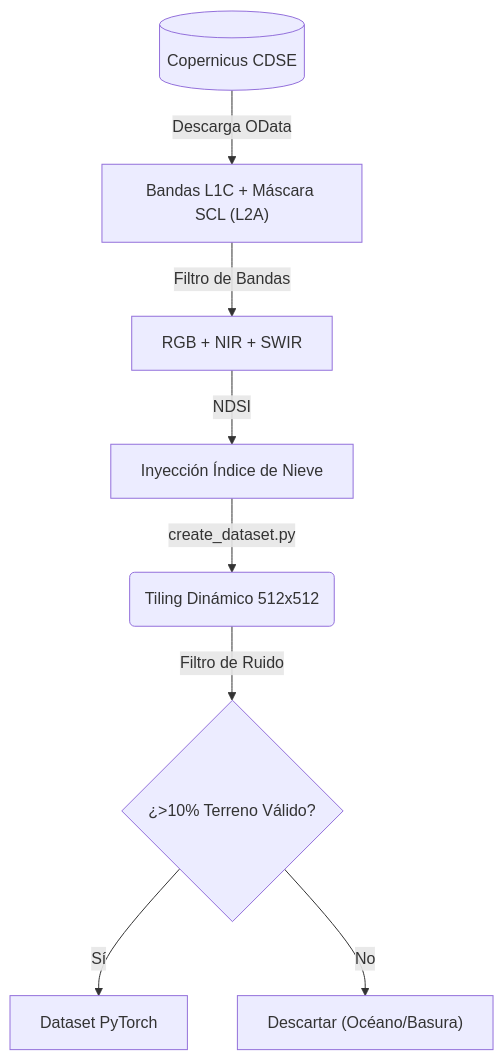
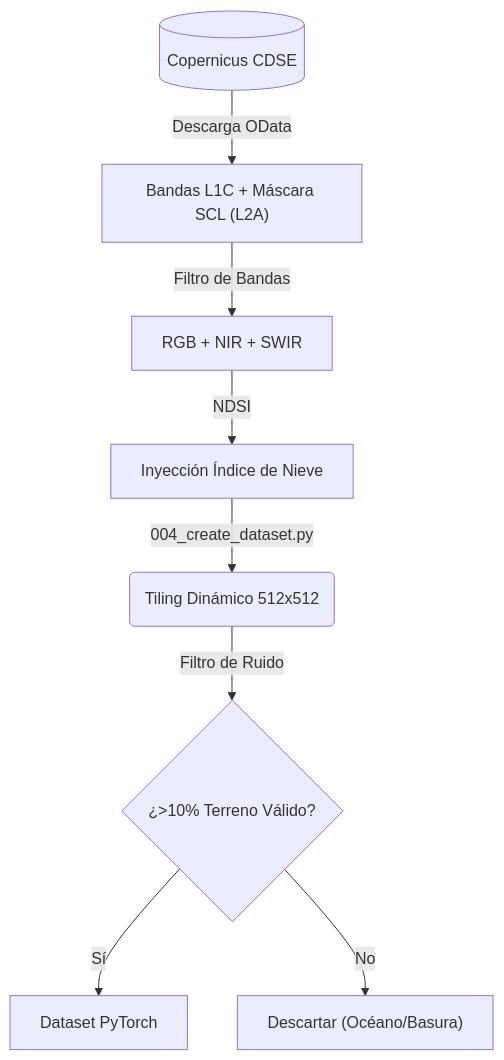
Before and after one commit to tonilogardev/web_basic_project: the first of 2 diagrams in 011_tfb/000_doc_tfb/011_entrega_2_metodologia_final.md, drawn with Mermaid. The commit also changed other lines of this file and 66 other files, not shown here.

````diff
--- a/011_tfb/000_doc_tfb/011_entrega_2_metodologia_final.md
+++ b/011_tfb/000_doc_tfb/011_entrega_2_metodologia_final.md
@@ -32,10 +32,10 @@
 ```mermaid
 graph TD
     A[("Copernicus CDSE")] -->|Descarga OData| B["Bandas L1C + Máscara SCL (L2A)"]
     B -->|Filtro de Bandas| C["RGB + NIR + SWIR"]
     C -->|NDSI| D["Inyección Índice de Nieve"]
-    D -->|create_dataset.py| E("Tiling Dinámico 512x512")
+    D -->|004_create_dataset.py| E("Tiling Dinámico 512x512")
     E -->|Filtro de Ruido| F{"¿>10% Terreno Válido?"}
     F -->|Sí| G["Dataset PyTorch"]
     F -->|No| H["Descartar (Océano/Basura)"]
 ```
````
